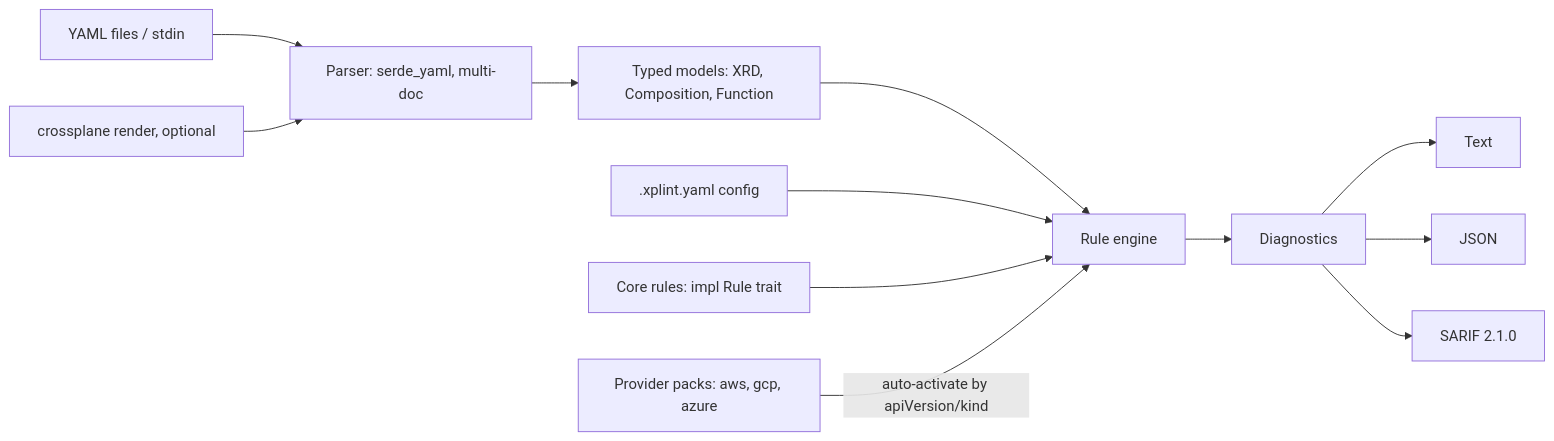
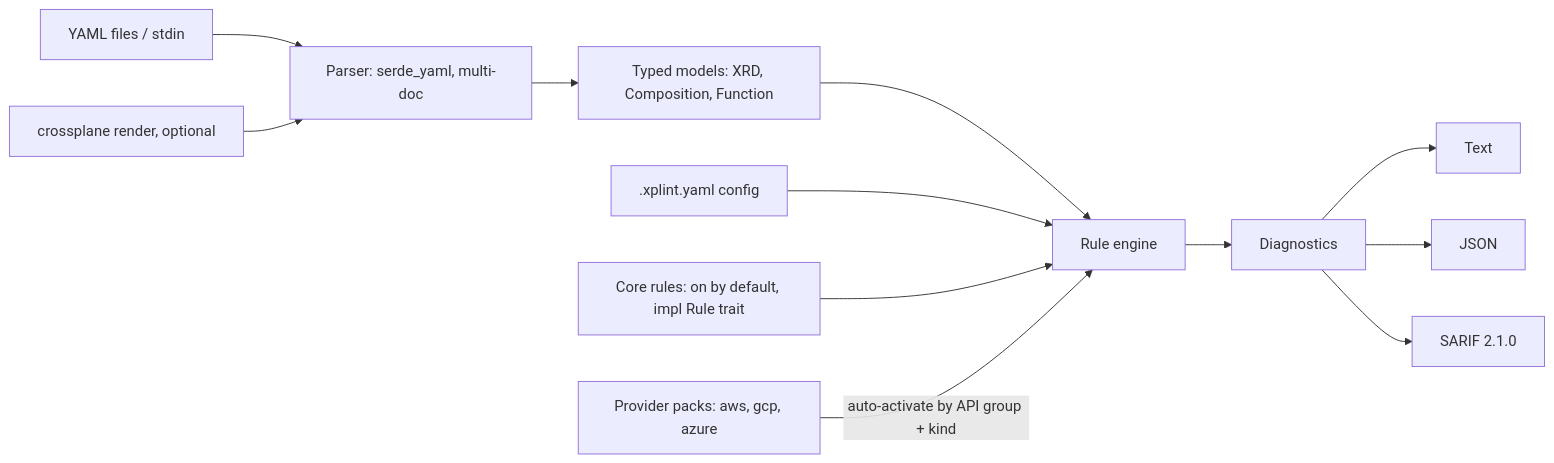
The diagram in docs/PLAN.md (miqui/xplint), drawn with Mermaid before and after one commit. The commit also changed other lines of this file and 3 other files, not shown here.

Commit message:
docs: address CodeRabbit findings, add draw.io flow diagram

````diff
--- a/docs/PLAN.md
+++ b/docs/PLAN.md
@@ -7,14 +9,14 @@
 ```mermaid
 flowchart LR
     F[YAML files / stdin] --> P[Parser: serde_yaml, multi-doc]
     P --> M[Typed models: XRD, Composition, Function]
     M --> E[Rule engine]
     C[.xplint.yaml config] --> E
-    R[Core rules: impl Rule trait] --> E
-    K[Provider packs: aws, gcp, azure] -->|auto-activate by apiVersion/kind| E
+    R[Core rules: on by default, impl Rule trait] --> E
+    K[Provider packs: aws, gcp, azure] -->|auto-activate by API group + kind| E
     E --> D[Diagnostics]
     D --> O1[Text]
     D --> O2[JSON]
     D --> O3[SARIF 2.1.0]
     X[crossplane render, optional] --> P
 ```
````
